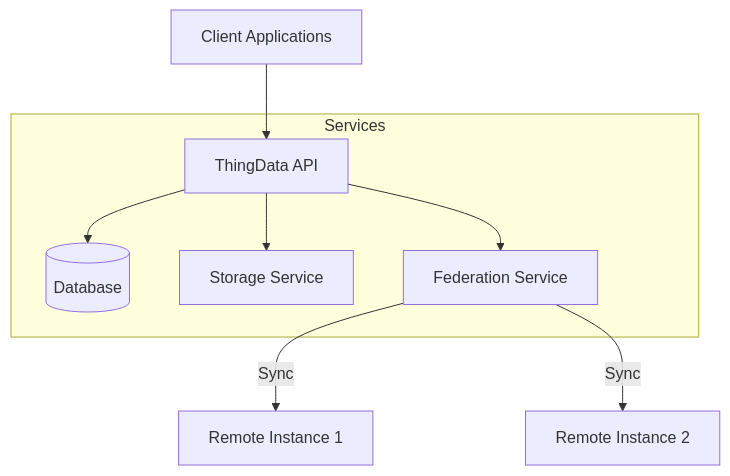
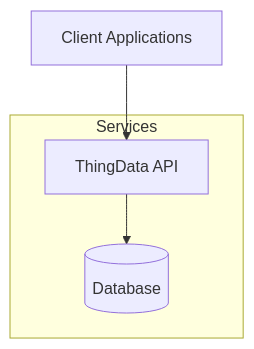
One commit to reuse-city/thingdata-server changed the first of 3 diagrams in docs/workflows.md. Above: the diagram before and after it, drawn with Mermaid. The commit also changed other lines of this file and 13 other files, not shown here.

````diff
--- a/docs/workflows.md
+++ b/docs/workflows.md
@@ -10,17 +9,10 @@
 ```mermaid
 graph TB
     Client[Client Applications] --> API[ThingData API]
     API --> DB[(Database)]
-    API --> Storage[Storage Service]
-    API --> Federation[Federation Service]
-    
-    Federation --> |Sync| Instance1[Remote Instance 1]
-    Federation --> |Sync| Instance2[Remote Instance 2]
     
     subgraph Services
         API
         DB
-        Storage
-        Federation
     end
 ```
````
